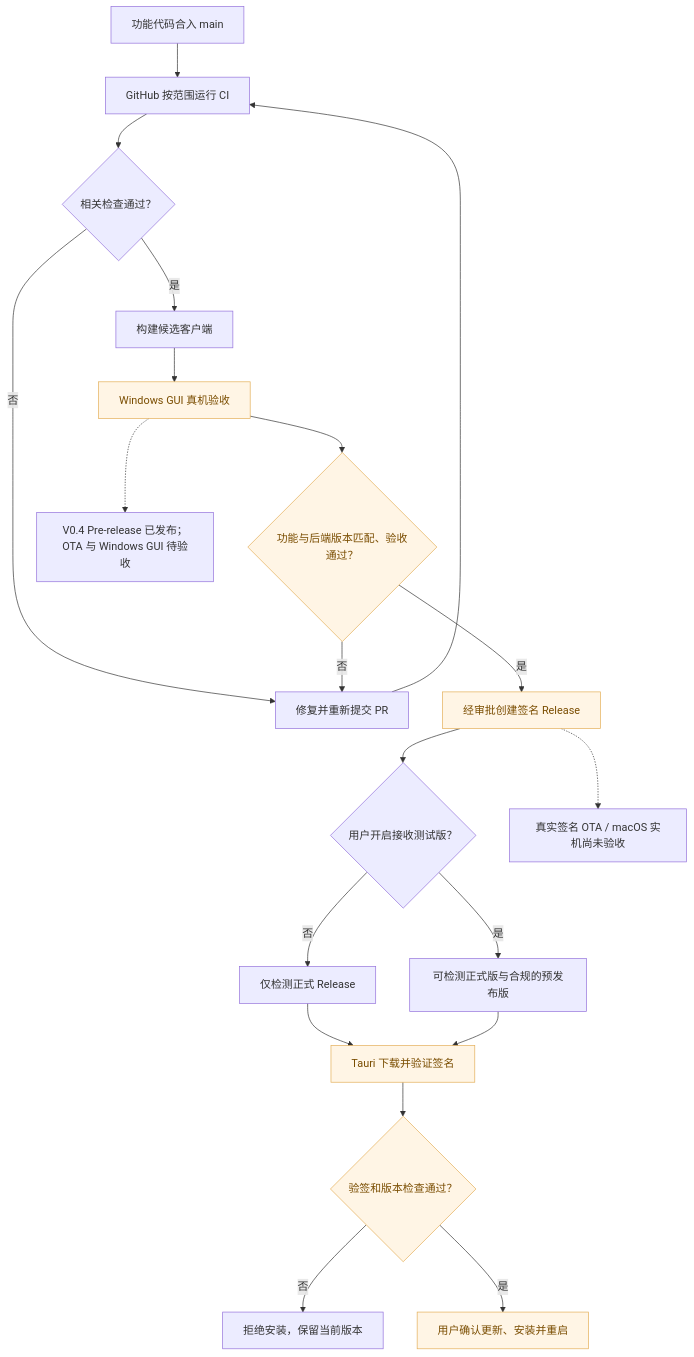
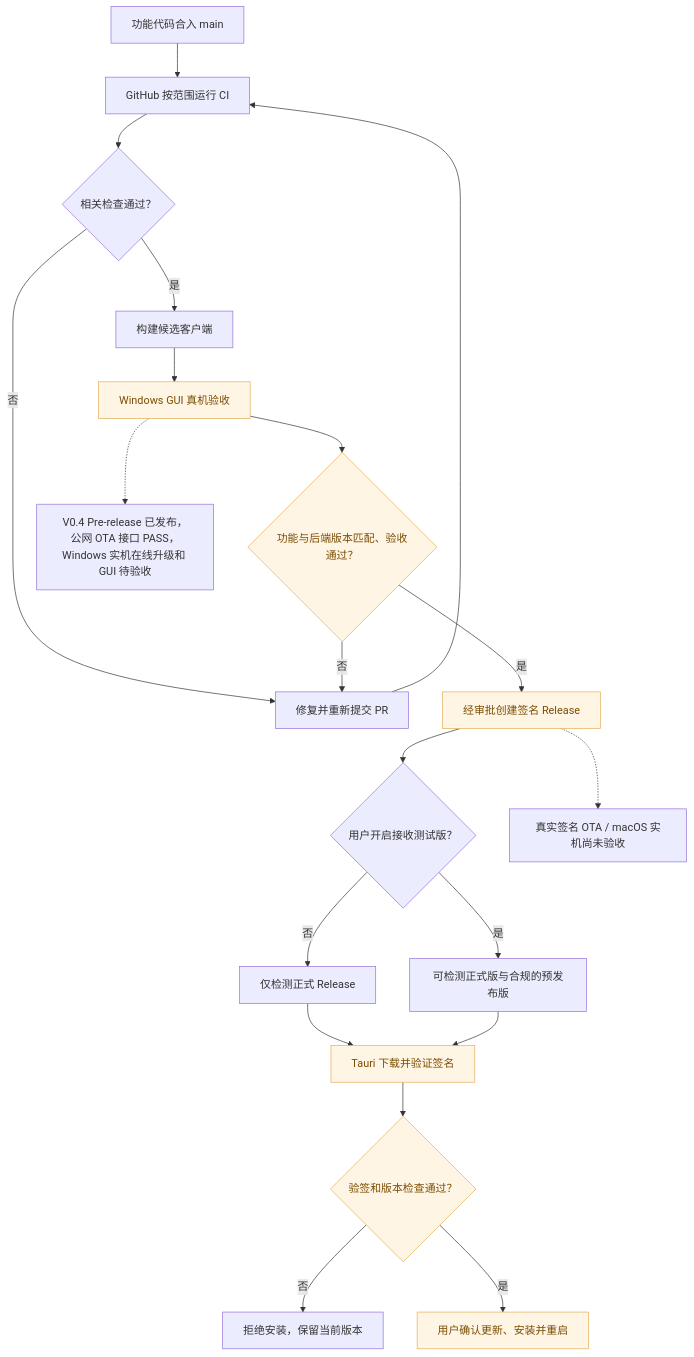
Before and after one commit to Fan6512/una-seller: the ninth of 9 diagrams in docs/product/FEATURE-STATUS.md, drawn with Mermaid. The commit also changed other lines of this file, not shown here.

Commit message:
docs(product): record public desktop OTA acceptance

```diff
--- a/docs/product/FEATURE-STATUS.md
+++ b/docs/product/FEATURE-STATUS.md
@@ -380,26 +381,26 @@
 ~~~mermaid
 flowchart TD
     A["功能代码合入 main"] --> B["GitHub 按范围运行 CI"]
     B --> C{"相关检查通过？"}
     C -->|否| D["修复并重新提交 PR"]
     D --> B
     C -->|是| E["构建候选客户端"]
     E --> F["Windows GUI 真机验收"]
     F --> G{"功能与后端版本匹配、验收通过？"}
     G -->|否| D
     G -->|是| H["经审批创建签名 Release"]
     H --> I{"用户开启接收测试版？"}
     I -->|否| J["仅检测正式 Release"]
     I -->|是| K["可检测正式版与合规的预发布版"]
     J --> L["Tauri 下载并验证签名"]
     K --> L
     L --> M{"验签和版本检查通过？"}
     M -->|否| N["拒绝安装，保留当前版本"]
     M -->|是| O["用户确认更新、安装并重启"]
 
-    F -.-> P["V0.4 Pre-release 已发布；OTA 与 Windows GUI 待验收"]
+    F -.-> P["V0.4 Pre-release 已发布，公网 OTA 接口 PASS，Windows 实机在线升级和 GUI 待验收"]
     H -.-> Q["真实签名 OTA / macOS 实机尚未验收"]
 
     classDef verify fill:#fff5e5,color:#7a4d00,stroke:#e3ae56
     class F,G,H,L,M,O verify
 ~~~
```
